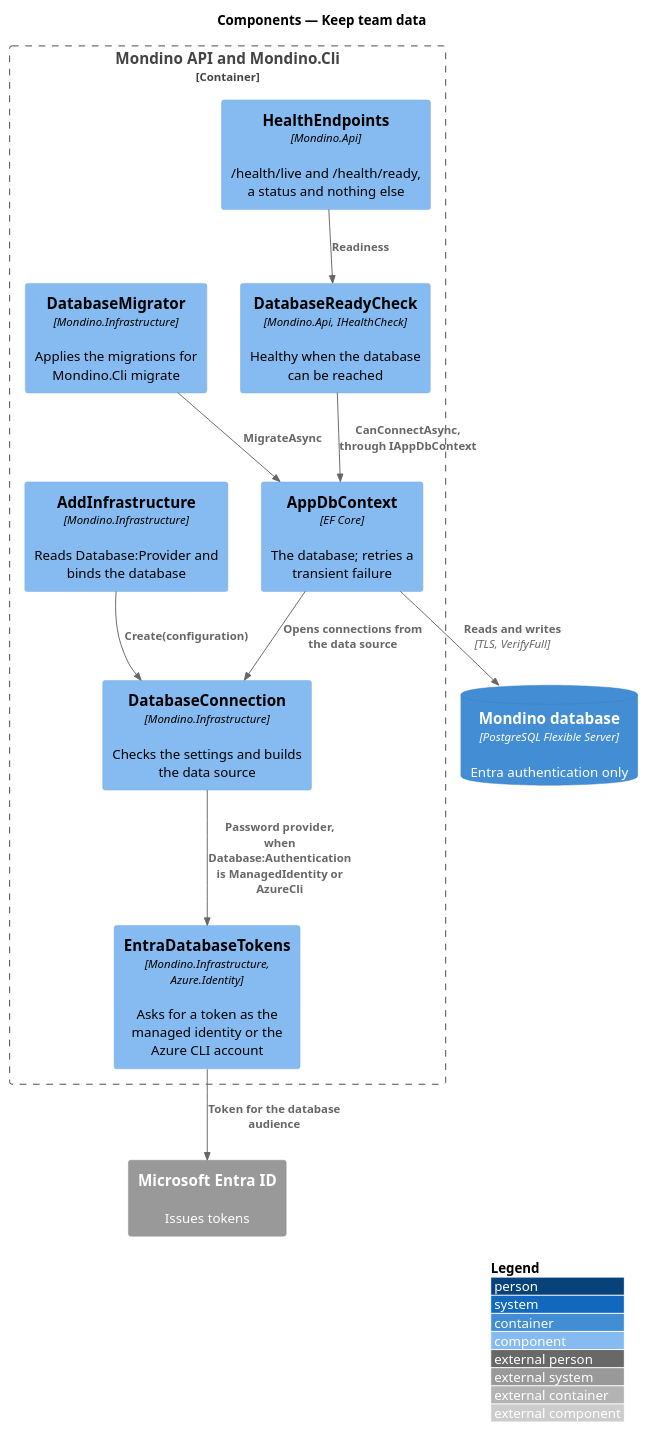
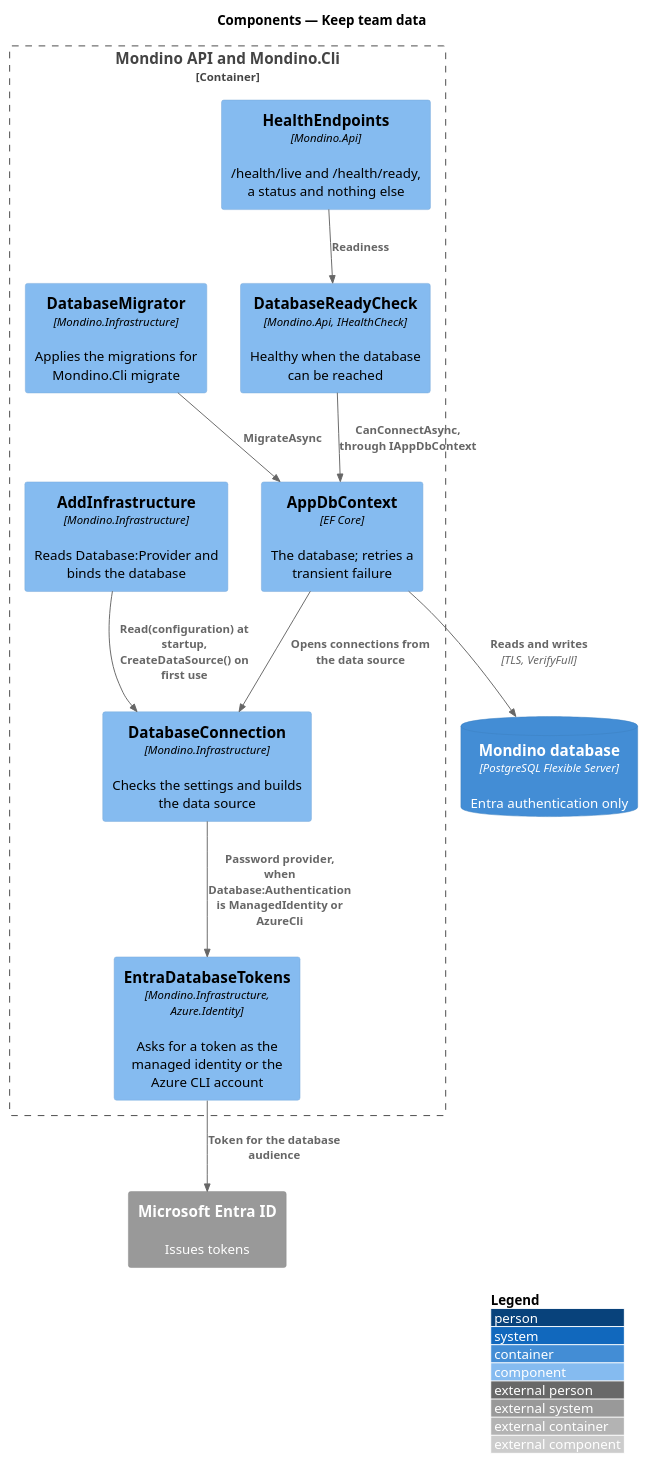
The diagram in docs/detailed-designs/platform/keep-team-data/diagrams/c4-component.puml (QuinntyneBrown/Mondino), drawn with PlantUML before and after one commit. The commit also changed 5 other files, not shown here.

```diff
--- a/docs/detailed-designs/platform/keep-team-data/diagrams/c4-component.puml
+++ b/docs/detailed-designs/platform/keep-team-data/diagrams/c4-component.puml
@@ -1,26 +1,26 @@
 @startuml
 !include <C4/C4_Component>
 LAYOUT_WITH_LEGEND()
 title Components — Keep team data
 
 Container_Boundary(api, "Mondino API and Mondino.Cli") {
   Component(di, "AddInfrastructure", "Mondino.Infrastructure", "Reads Database:Provider and binds the database")
   Component(connection, "DatabaseConnection", "Mondino.Infrastructure", "Checks the settings and builds the data source")
   Component(tokens, "EntraDatabaseTokens", "Mondino.Infrastructure, Azure.Identity", "Asks for a token as the managed identity or the Azure CLI account")
   Component(context, "AppDbContext", "EF Core", "The database; retries a transient failure")
   Component(ready, "DatabaseReadyCheck", "Mondino.Api, IHealthCheck", "Healthy when the database can be reached")
   Component(health, "HealthEndpoints", "Mondino.Api", "/health/live and /health/ready, a status and nothing else")
   Component(migrator, "DatabaseMigrator", "Mondino.Infrastructure", "Applies the migrations for Mondino.Cli migrate")
 }
 ContainerDb(db, "Mondino database", "PostgreSQL Flexible Server", "Entra authentication only")
 System_Ext(entra, "Microsoft Entra ID", "Issues tokens")
 
-Rel(di, connection, "Create(configuration)")
+Rel(di, connection, "Read(configuration) at startup, CreateDataSource() on first use")
 Rel(connection, tokens, "Password provider, when Database:Authentication is ManagedIdentity or AzureCli")
 Rel(tokens, entra, "Token for the database audience")
 Rel(context, connection, "Opens connections from the data source")
 Rel(context, db, "Reads and writes", "TLS, VerifyFull")
 Rel(health, ready, "Readiness")
 Rel(ready, context, "CanConnectAsync, through IAppDbContext")
 Rel(migrator, context, "MigrateAsync")
 @enduml
```
